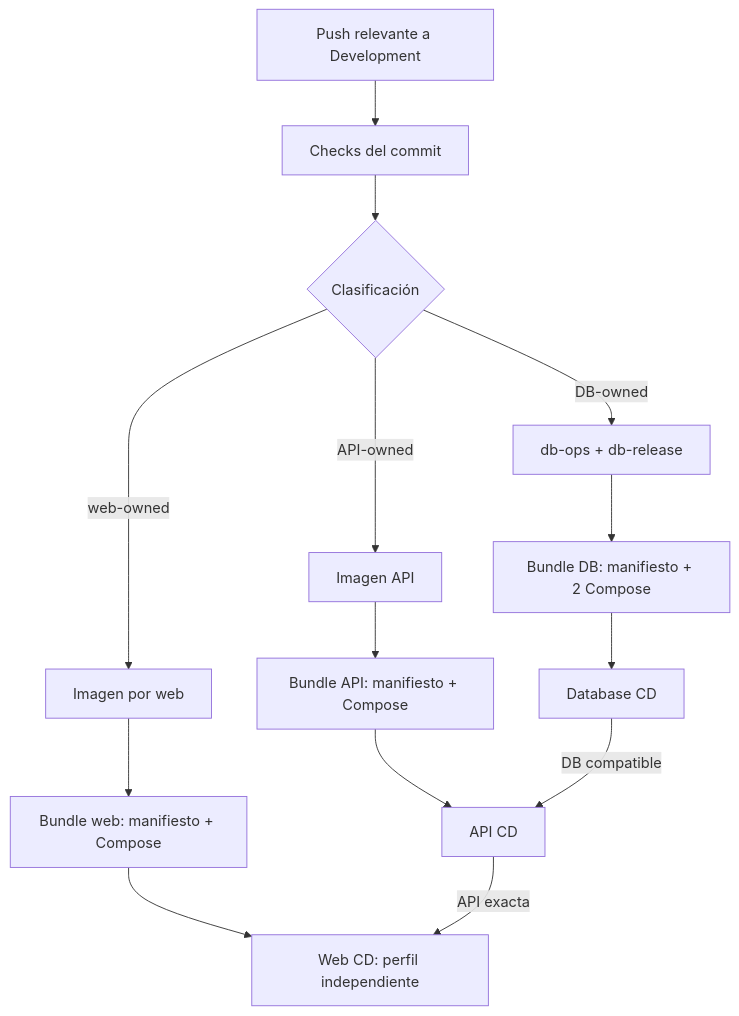
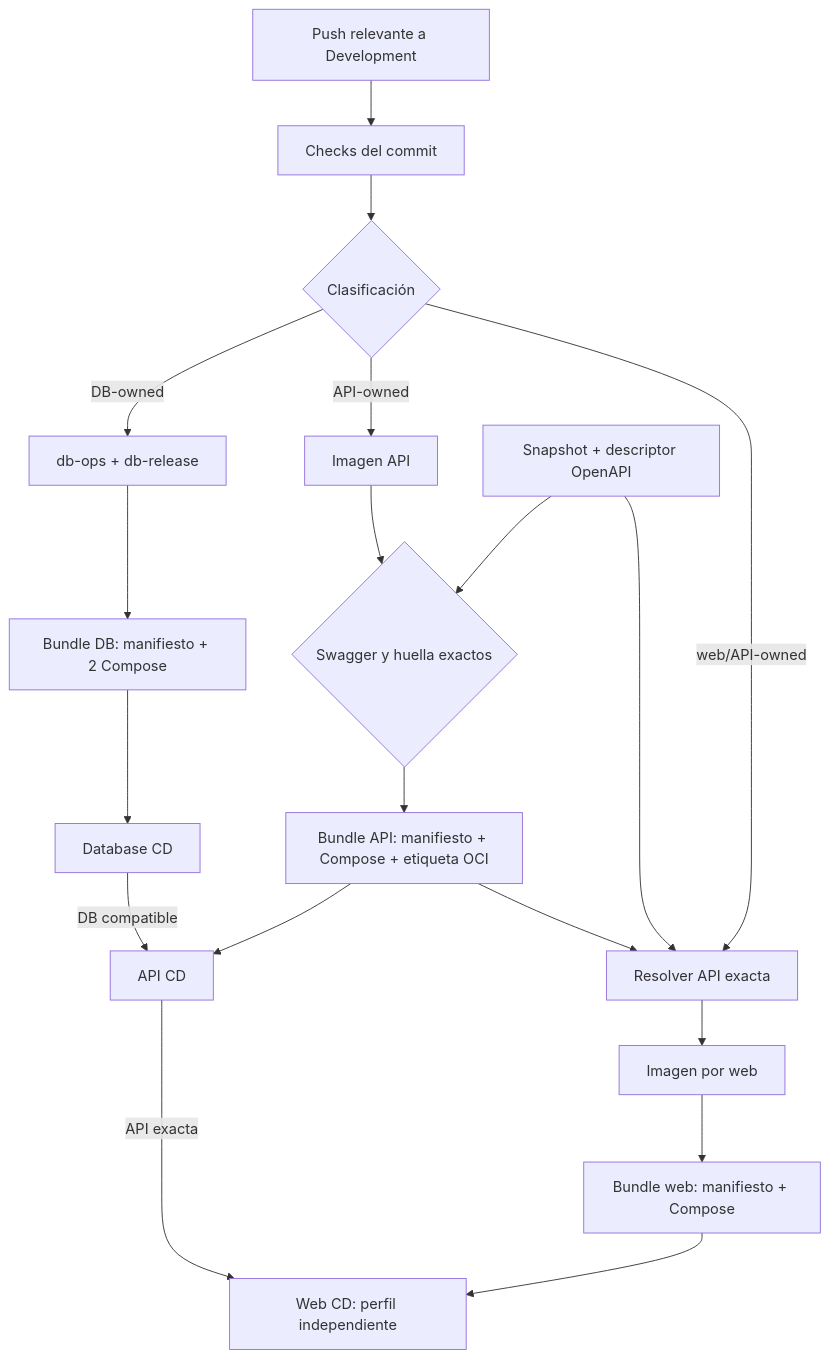
Before and after one commit to ErickEduardo027/ELEVANT: the diagram in Vault/07-entrega/cadena-de-artefactos-y-promocion.md, drawn with Mermaid. The commit also changed other lines of this file and 4 other files, not shown here.

````diff
--- a/Vault/07-entrega/cadena-de-artefactos-y-promocion.md
+++ b/Vault/07-entrega/cadena-de-artefactos-y-promocion.md
@@ -38,16 +47,21 @@
 ```mermaid
 flowchart TB
     Merge[Push relevante a Development] --> Test[Checks del commit]
     Test --> Class{Clasificación}
     Class -->|DB-owned| DBI[db-ops + db-release]
     DBI --> DBB[Bundle DB: manifiesto + 2 Compose]
     DBB --> DBC[Database CD]
     Class -->|API-owned| APII[Imagen API]
-    APII --> APIB[Bundle API: manifiesto + Compose]
+    Contract[Snapshot + descriptor OpenAPI] --> APIGate{Swagger y huella exactos}
+    APII --> APIGate
+    APIGate --> APIB[Bundle API: manifiesto + Compose + etiqueta OCI]
     APIB --> APIC[API CD]
-    Class -->|web-owned| WEBI[Imagen por web]
+    APIB --> Resolve[Resolver API exacta]
+    Contract --> Resolve
+    Class -->|web/API-owned| Resolve
+    Resolve --> WEBI[Imagen por web]
     WEBI --> WEBB[Bundle web: manifiesto + Compose]
     WEBB --> WEBC[Web CD: perfil independiente]
     DBC -->|DB compatible| APIC
     APIC -->|API exacta| WEBC
 ```
````
